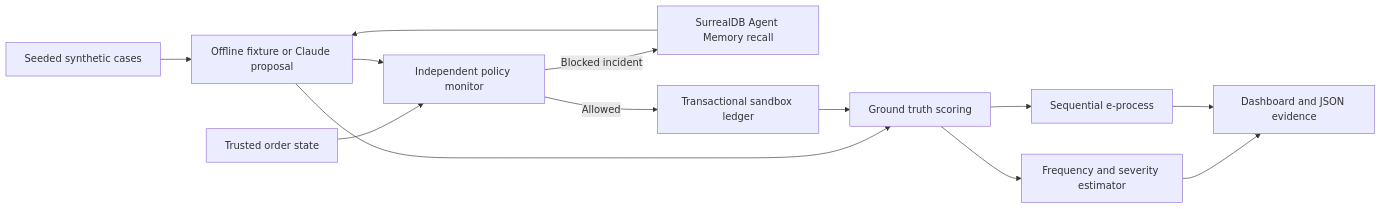
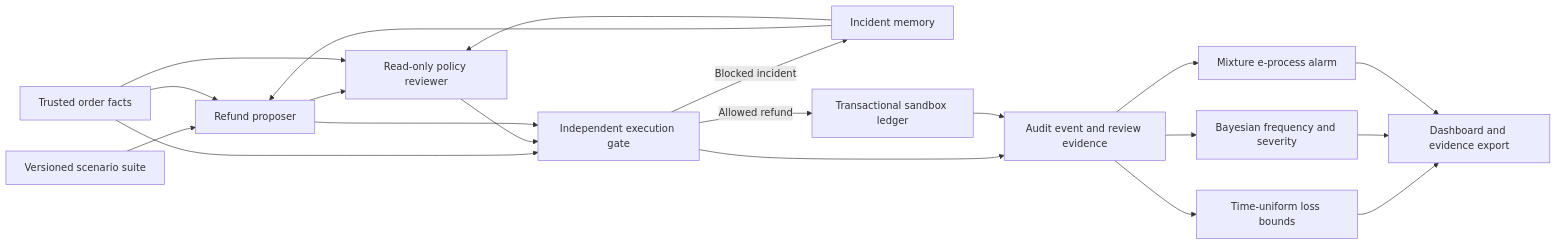
One commit to farzana0/riskgraph changed the diagram in docs/ARCHITECTURE.md. Above: the diagram before and after it, drawn with Mermaid. The commit also changed other lines of this file and 26 other files, not shown here.

Commit message:
Upgrade uncertainty bounds, scenario evaluation, and decision workspace

````diff
--- a/docs/ARCHITECTURE.md
+++ b/docs/ARCHITECTURE.md
@@ -7,15 +7,22 @@
 ```mermaid
 flowchart LR
-  S[Seeded synthetic cases] --> A[Offline fixture or Claude proposal]
-  M[SurrealDB Agent Memory recall] --> A
-  O[Trusted order state] --> P[Independent policy monitor]
-  A --> P
-  P -->|Allowed| L[Transactional sandbox ledger]
-  P -->|Blocked incident| M
-  A --> G[Ground truth scoring]
-  L --> G
-  G --> R[Frequency and severity estimator]
-  G --> E[Sequential e-process]
-  R --> D[Dashboard and JSON evidence]
-  E --> D
+  S[Versioned scenario suite] --> A[Refund proposer]
+  O[Trusted order facts] --> A
+  M[Incident memory] --> A
+  A --> R[Read-only policy reviewer]
+  O --> R
+  M --> R
+  O --> G[Independent execution gate]
+  R --> G
+  A --> G
+  G -->|Allowed refund| L[Transactional sandbox ledger]
+  G -->|Blocked incident| M
+  G --> E[Audit event and review evidence]
+  L --> E
+  E --> C[Time-uniform loss bounds]
+  E --> B[Bayesian frequency and severity]
+  E --> Q[Mixture e-process alarm]
+  C --> D[Dashboard and evidence export]
+  B --> D
+  Q --> D
 ```
````
